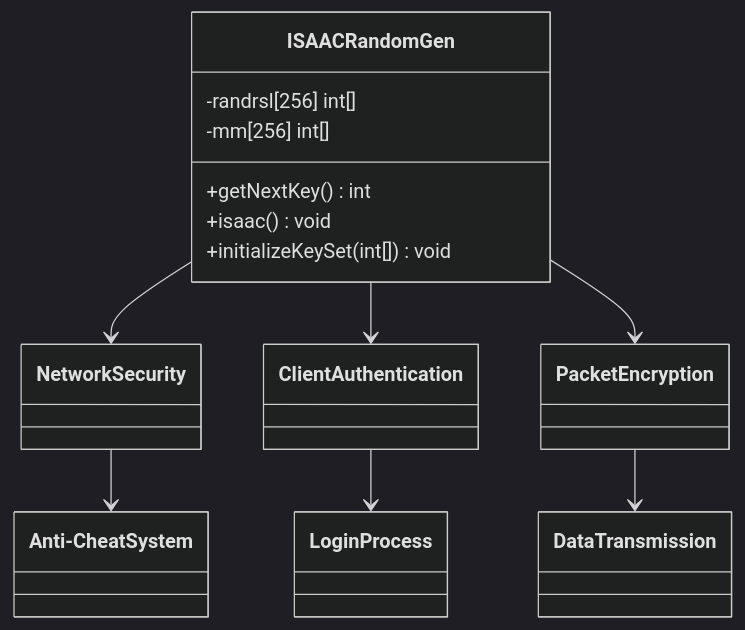
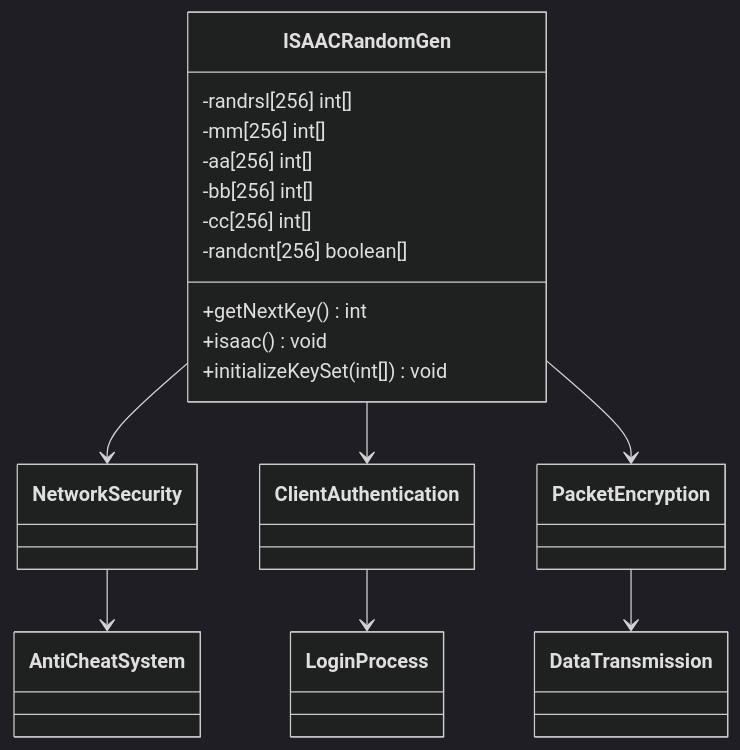
The first of 2 diagrams in bytecode/mapping/evidence/verified/ISAACRandomGen_JOCFVBOI.md (daxxog/solmud), drawn with Mermaid (dark theme) before and after one commit. The commit also changed other lines of this file and 69 other files, not shown here.

````diff
--- a/bytecode/mapping/evidence/verified/ISAACRandomGen_JOCFVBOI.md
+++ b/bytecode/mapping/evidence/verified/ISAACRandomGen_JOCFVBOI.md
@@ -16,14 +17,18 @@
 ```mermaid
 classDiagram
-    ISAACRandomGen --> Network Security
-    ISAACRandomGen --> Client Authentication
-    ISAACRandomGen --> Packet Encryption
-    Network Security --> Anti-Cheat System
-    Client Authentication --> Login Process
-    Packet Encryption --> Data Transmission
+    ISAACRandomGen --> NetworkSecurity
+    ISAACRandomGen --> ClientAuthentication
+    ISAACRandomGen --> PacketEncryption
+    NetworkSecurity --> AntiCheatSystem
+    ClientAuthentication --> LoginProcess
+    PacketEncryption --> DataTransmission
     ISAACRandomGen : +getNextKey() int
     ISAACRandomGen : +isaac() void
     ISAACRandomGen : +initializeKeySet(int[]) void
     ISAACRandomGen : -randrsl[256] int[]
     ISAACRandomGen : -mm[256] int[]
+    ISAACRandomGen : -aa[256] int[]
+    ISAACRandomGen : -bb[256] int[]
+    ISAACRandomGen : -cc[256] int[]
+    ISAACRandomGen : -randcnt[256] boolean[]
 ```
````
